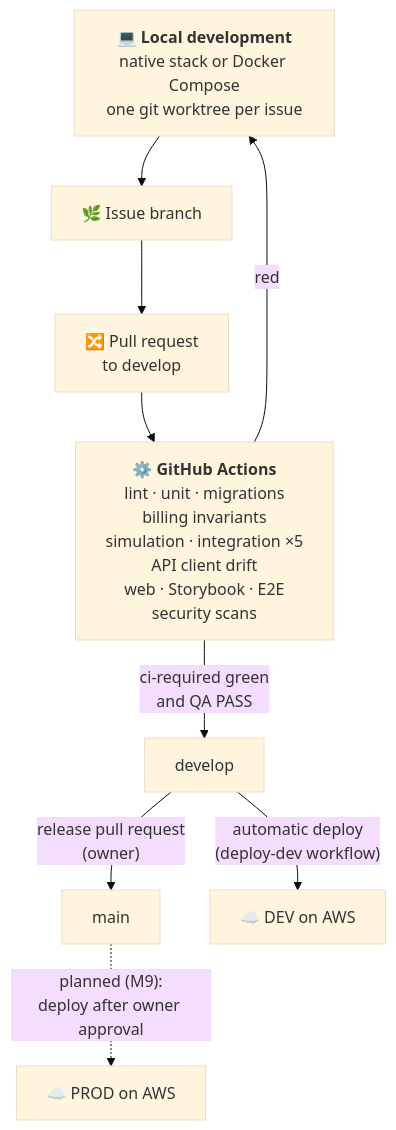
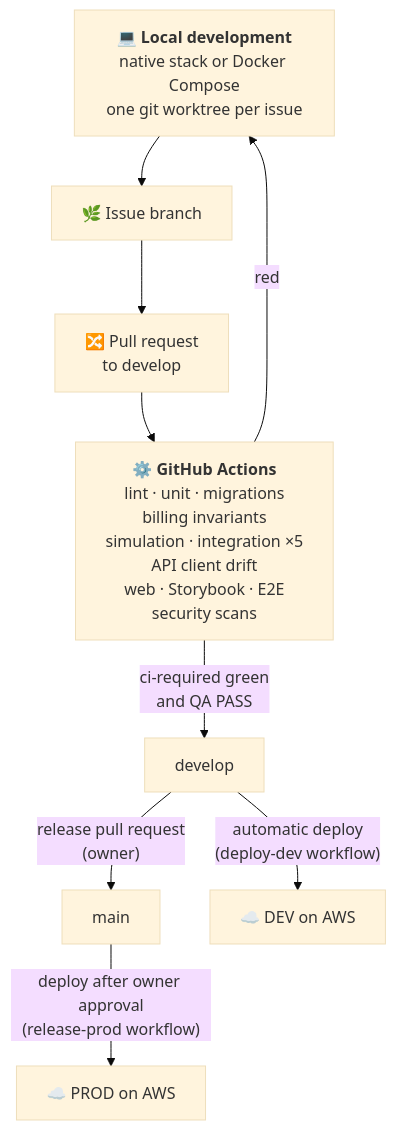
The second of 4 diagrams in README.md (JaimeSolisS/classora), drawn with Mermaid (base theme) before and after one commit. The commit also changed other lines of this file and 12 other files, not shown here.

````diff
--- a/README.md
+++ b/README.md
@@ -1334,18 +1335,18 @@
 ```mermaid
 flowchart TB
   local["💻 <b>Local development</b><br/>native stack or Docker Compose<br/>one git worktree per issue"]
   branch["🌿 Issue branch"]
   pr["🔀 Pull request<br/>to develop"]
   ci["⚙️ <b>GitHub Actions</b><br/>lint · unit · migrations<br/>billing invariants<br/>simulation · integration ×5<br/>API client drift<br/>web · Storybook · E2E<br/>security scans"]
   develop["develop"]
   main["main"]
   devenv["☁️ DEV on AWS"]
   prodenv["☁️ PROD on AWS"]
 
   local --> branch --> pr --> ci
   ci -->|"ci-required green<br/>and QA PASS"| develop
   ci -->|red| local
   develop -->|"release pull request<br/>(owner)"| main
   develop -->|"automatic deploy<br/>(deploy-dev workflow)"| devenv
-  main -.->|"planned (M9):<br/>deploy after owner approval"| prodenv
+  main -->|"deploy after owner approval<br/>(release-prod workflow)"| prodenv
 ```
````
